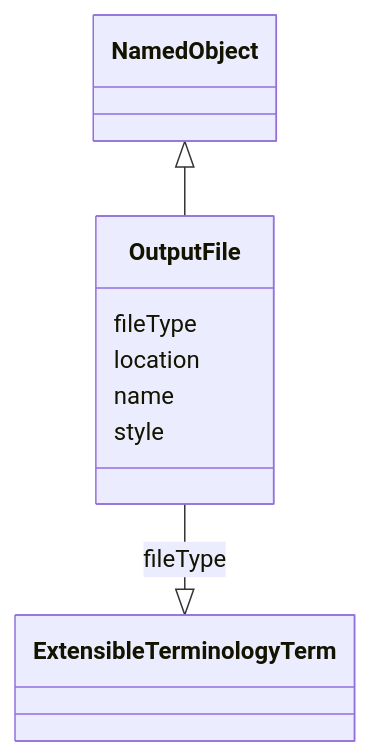
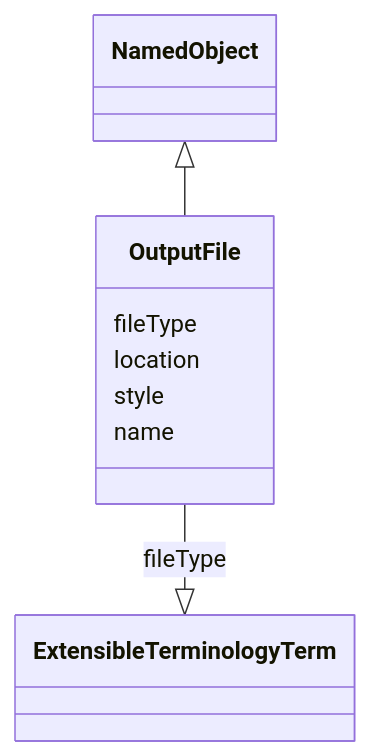
Before and after one commit to cdisc-org/analysis-results-standard: the diagram in project/docs/OutputFile.md, drawn with Mermaid. The commit also changed other lines of this file and 192 other files, not shown here.

````diff
--- a/project/docs/OutputFile.md
+++ b/project/docs/OutputFile.md
@@ -15,17 +13,12 @@
 ```mermaid
  classDiagram
     class OutputFile
       NamedObject <|-- OutputFile
-      
+
       OutputFile : fileType
+        OutputFile --|> ExtensibleTerminologyTerm : fileType
+        OutputFile : location
+        OutputFile : style
+        OutputFile : name
         
-          OutputFile --|> ExtensibleTerminologyTerm : fileType
-        
-      OutputFile : location
-        
-      OutputFile : name
-        
-      OutputFile : style
-        
-      
 ```
````
